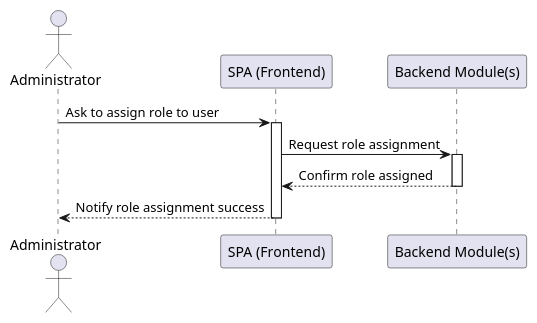
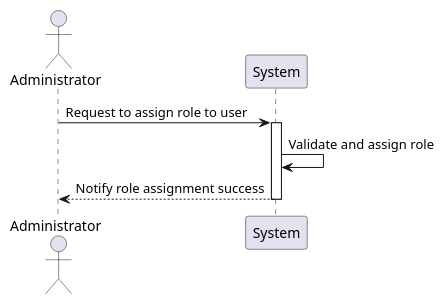
The diagram in docs/sprint2/level1/process_view/US3.2.5/SD_US3.2.5.puml (Departamento-de-Engenharia-Informatica/LEI-SEM5-PI-2025-26-3DK-04), drawn with PlantUML before and after one commit. The commit also changed 33 other files, not shown here.

```diff
--- a/docs/sprint2/level1/process_view/US3.2.5/SD_US3.2.5.puml
+++ b/docs/sprint2/level1/process_view/US3.2.5/SD_US3.2.5.puml
@@ -1,15 +1,10 @@
 @startuml system_sequence_diagram
-actor "Administrator" as User
-participant "SPA (Frontend)" as Frontend
-participant "Backend Module(s)" as Backend
+actor "Administrator" as Admin
+participant "System" as System
 
-User -> Frontend: Ask to assign role to user
-activate Frontend
-Frontend -> Backend: Request role assignment
-activate Backend
-Backend --> Frontend: Confirm role assigned
-deactivate Backend
-
-Frontend --> User: Notify role assignment success
-deactivate Frontend
+Admin -> System: Request to assign role to user
+activate System
+System -> System: Validate and assign role
+System --> Admin: Notify role assignment success
+deactivate System
 @enduml
```
